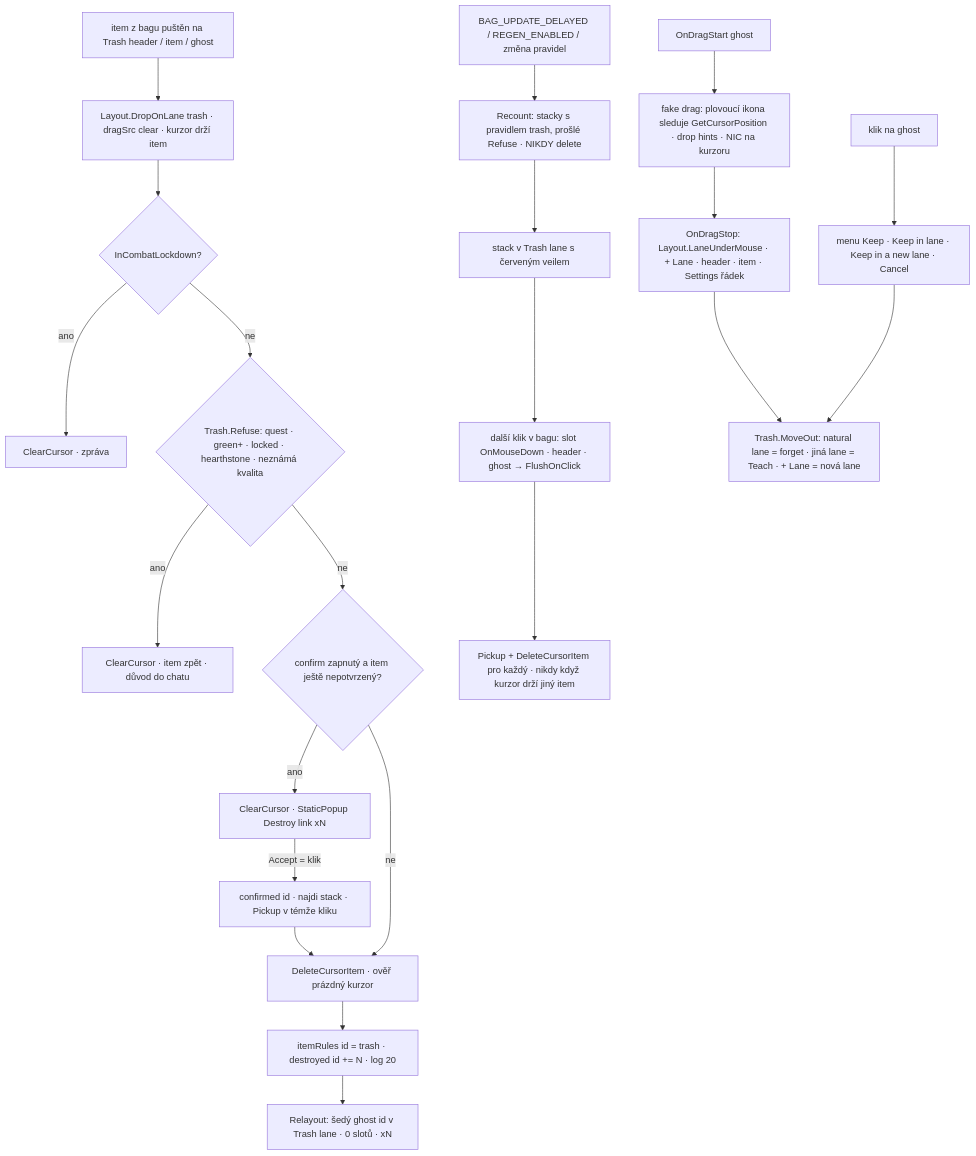
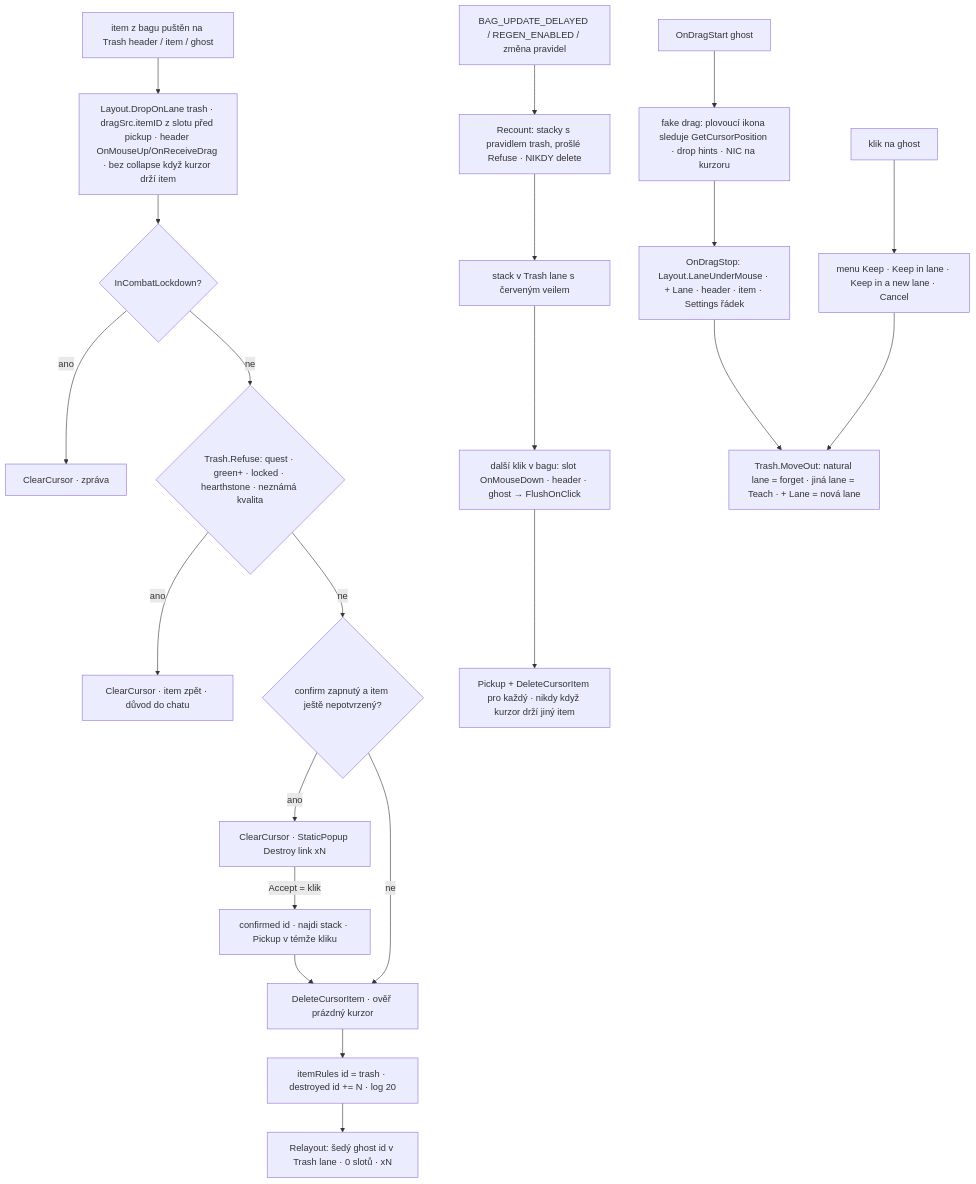
Before and after one commit to sirTurbisCZ/wow-forever-addons: the seventh of 7 diagrams in addons/BetterBackpack/Docs/loops.md, drawn with Mermaid. The commit also changed other lines of this file and 8 other files, not shown here.

First line of the commit message:
BetterBackpack 0.5.21: fix Trash drop on header (secret item IDs)

````diff
--- a/addons/BetterBackpack/Docs/loops.md
+++ b/addons/BetterBackpack/Docs/loops.md
@@ -191,26 +191,26 @@
 ```mermaid
 flowchart TD
-  Drop[item z bagu puštěn na Trash header / item / ghost] --> DOL[Layout.DropOnLane trash · dragSrc clear · kurzor drží item]
+  Drop[item z bagu puštěn na Trash header / item / ghost] --> DOL[Layout.DropOnLane trash · dragSrc.itemID z slotu před pickup · header OnMouseUp/OnReceiveDrag · bez collapse když kurzor drží item]
   DOL --> Cmb{InCombatLockdown?}
   Cmb -->|ano| No1[ClearCursor · zpráva]
   Cmb -->|ne| Ref{Trash.Refuse: quest · green+ · locked · hearthstone · neznámá kvalita}
   Ref -->|ano| No2[ClearCursor · item zpět · důvod do chatu]
   Ref -->|ne| Conf{confirm zapnutý a item ještě nepotvrzený?}
   Conf -->|ano| Pop[ClearCursor · StaticPopup Destroy link xN]
   Pop -->|Accept = klik| Re[confirmed id · najdi stack · Pickup v témže kliku]
   Re --> Del
   Conf -->|ne| Del[DeleteCursorItem · ověř prázdný kurzor]
   Del --> Teach[itemRules id = trash · destroyed id += N · log 20]
   Teach --> Ghost[Relayout: šedý ghost id v Trash lane · 0 slotů · xN]
 
   Loot[BAG_UPDATE_DELAYED / REGEN_ENABLED / změna pravidel] --> Scan[Recount: stacky s pravidlem trash, prošlé Refuse · NIKDY delete]
   Scan --> Wait[stack v Trash lane s červeným veilem]
   Wait --> Next[další klik v bagu: slot OnMouseDown · header · ghost → FlushOnClick]
   Next --> Flush[Pickup + DeleteCursorItem pro každý · nikdy když kurzor drží jiný item]
 
   GhostDrag[OnDragStart ghost] --> Fake[fake drag: plovoucí ikona sleduje GetCursorPosition · drop hints · NIC na kurzoru]
   Fake --> Stop[OnDragStop: Layout.LaneUnderMouse · + Lane · header · item · Settings řádek]
   Stop --> Move[Trash.MoveOut: natural lane = forget · jiná lane = Teach · + Lane = nová lane]
   GhostClick[klik na ghost] --> Menu[menu Keep · Keep in lane · Keep in a new lane · Cancel]
   Menu --> Move
 ```
````
